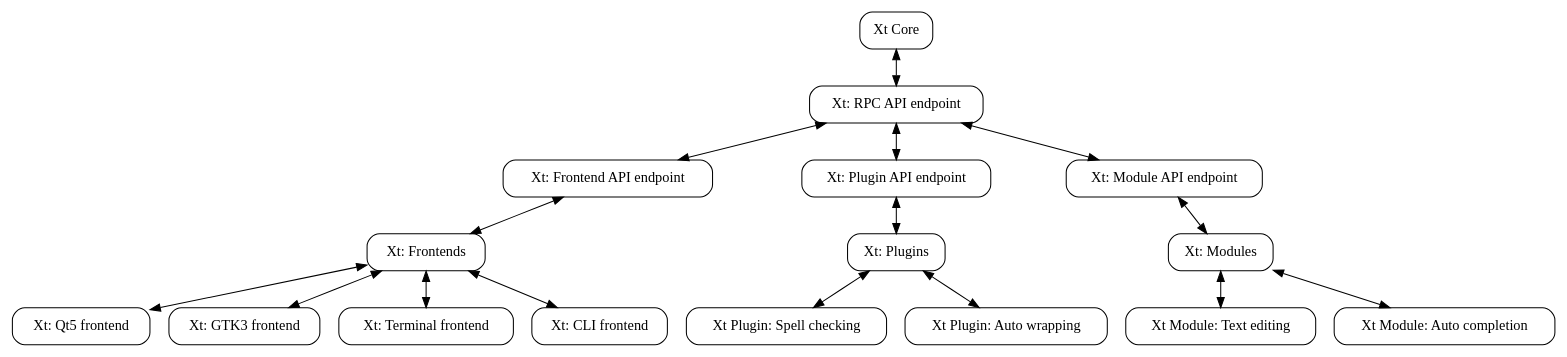
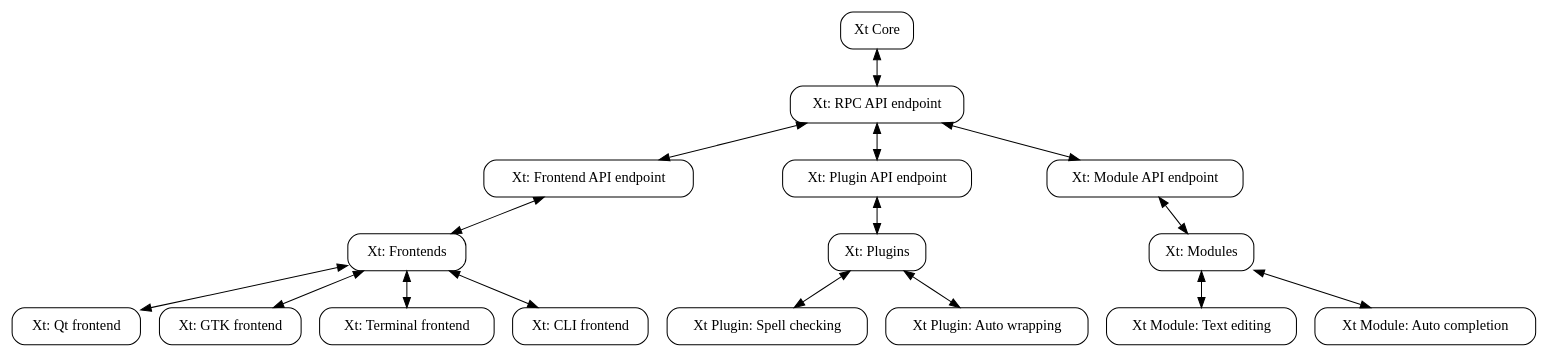
Before and after one commit to Xt-Editor/Xt-Editor-Xt-Core: the diagram in docs/diagrams/core-subsystem.dot, drawn with Graphviz. The commit also changed 2 other files, not shown here.

Commit message:
Update diagrams

```diff
--- a/docs/diagrams/core-subsystem.dot
+++ b/docs/diagrams/core-subsystem.dot
@@ -1,38 +1,38 @@
 digraph coresubsys {
     node[shape=box, style=rounded];
 
     core [label="Xt Core"];
 
     apipoint [label="Xt: RPC API endpoint"];
 
     afrontends [label="Xt: Frontend API endpoint"];
     frontends [label="Xt: Frontends"];
 
-    qtf [label="Xt: Qt5 frontend"];
-    gtkf [label="Xt: GTK3 frontend"];
+    qtf [label="Xt: Qt frontend"];
+    gtkf [label="Xt: GTK frontend"];
 
     tuif [label="Xt: Terminal frontend"];
     clif [label="Xt: CLI frontend"];
 
     aplugins [label="Xt: Plugin API endpoint"];
     plugins [label="Xt: Plugins"];
     spell_check [label="Xt Plugin: Spell checking"];
     auto_wrap [label="Xt Plugin: Auto wrapping"];
 
     amodules [label="Xt: Module API endpoint"];
     modules [label="Xt: Modules"]
     text_edit [label="Xt Module: Text editing"];
     completion [label="Xt Module: Auto completion"];
 
     core -> apipoint [dir="both"];
     apipoint -> {afrontends,aplugins,amodules} [dir="both"];
 
     afrontends -> frontends [dir="both"];
     frontends -> {qtf,gtkf,tuif,clif} [dir="both"];
 
     aplugins -> plugins [dir="both"];
     plugins->{spell_check,auto_wrap} [dir="both"];
 
     amodules -> modules [dir="both"];
     modules->{text_edit,completion} [dir="both"];
 }
```
